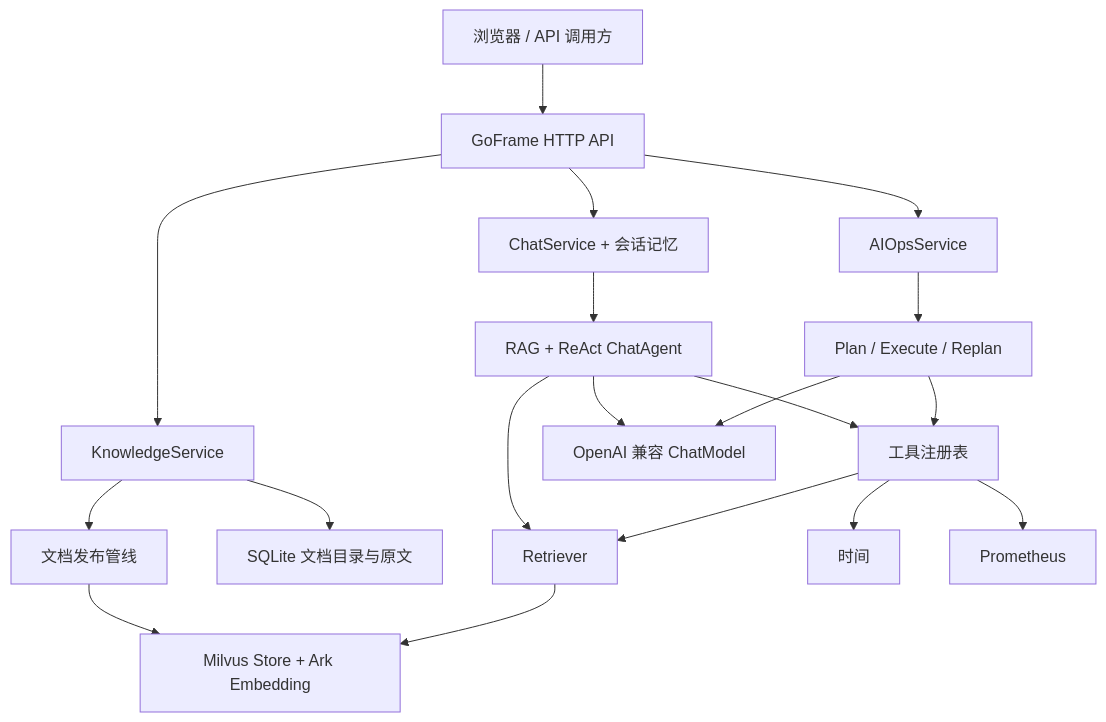
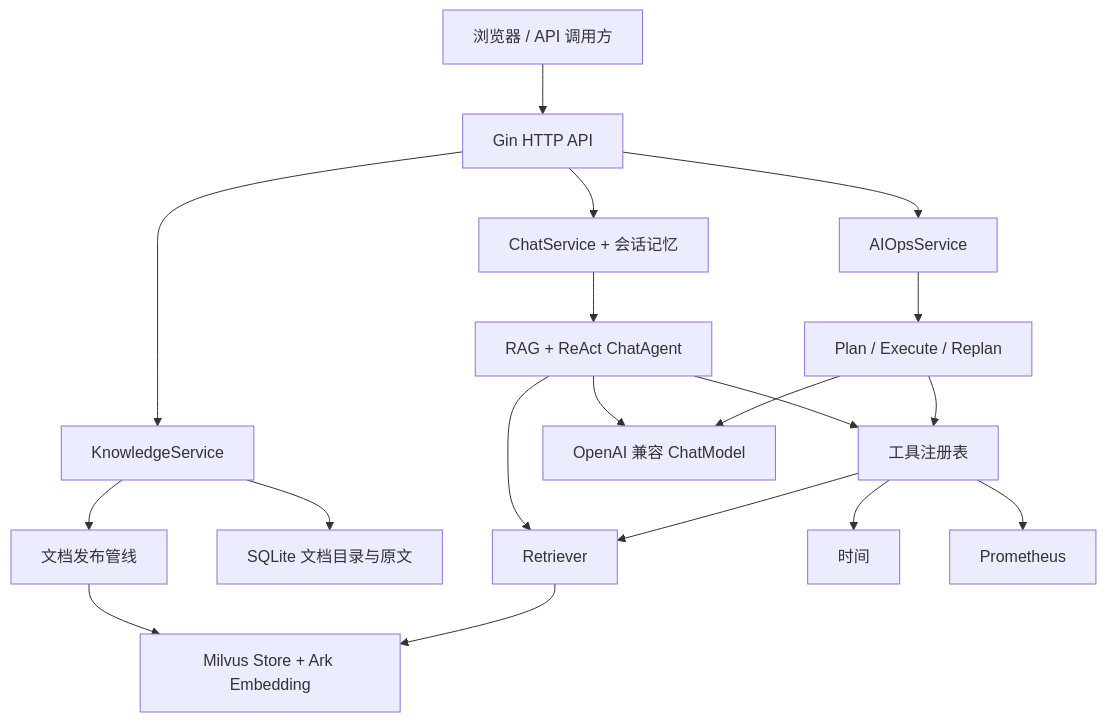
Before and after one commit to fredzsxie/OnCallAgent: the diagram in README.md, drawn with Mermaid. The commit also changed other lines of this file and 37 other files, not shown here.

Commit message:
refactor(http): migrate server and routing to Gin

````diff
--- a/README.md
+++ b/README.md
@@ -23,21 +23,21 @@
 ```mermaid
 flowchart TB
-    User[浏览器 / API 调用方] --> HTTP[GoFrame HTTP API]
+    User[浏览器 / API 调用方] --> HTTP[Gin HTTP API]
     HTTP --> Chat[ChatService + 会话记忆]
     HTTP --> Knowledge[KnowledgeService]
     HTTP --> Ops[AIOpsService]
     Chat --> ChatAgent[RAG + ReAct ChatAgent]
     Knowledge --> Index[文档发布管线]
     Knowledge --> Catalog[SQLite 文档目录与原文]
     Ops --> OpsAgent[Plan / Execute / Replan]
     ChatAgent --> Retriever[Retriever]
     ChatAgent --> Tools[工具注册表]
     OpsAgent --> Tools
     Tools --> Retriever
     Tools --> Time[时间]
     Tools --> Prom[Prometheus]
     Index --> Store[Milvus Store + Ark Embedding]
     Retriever --> Store
     ChatAgent --> Models[OpenAI 兼容 ChatModel]
     OpsAgent --> Models
 ```
````
